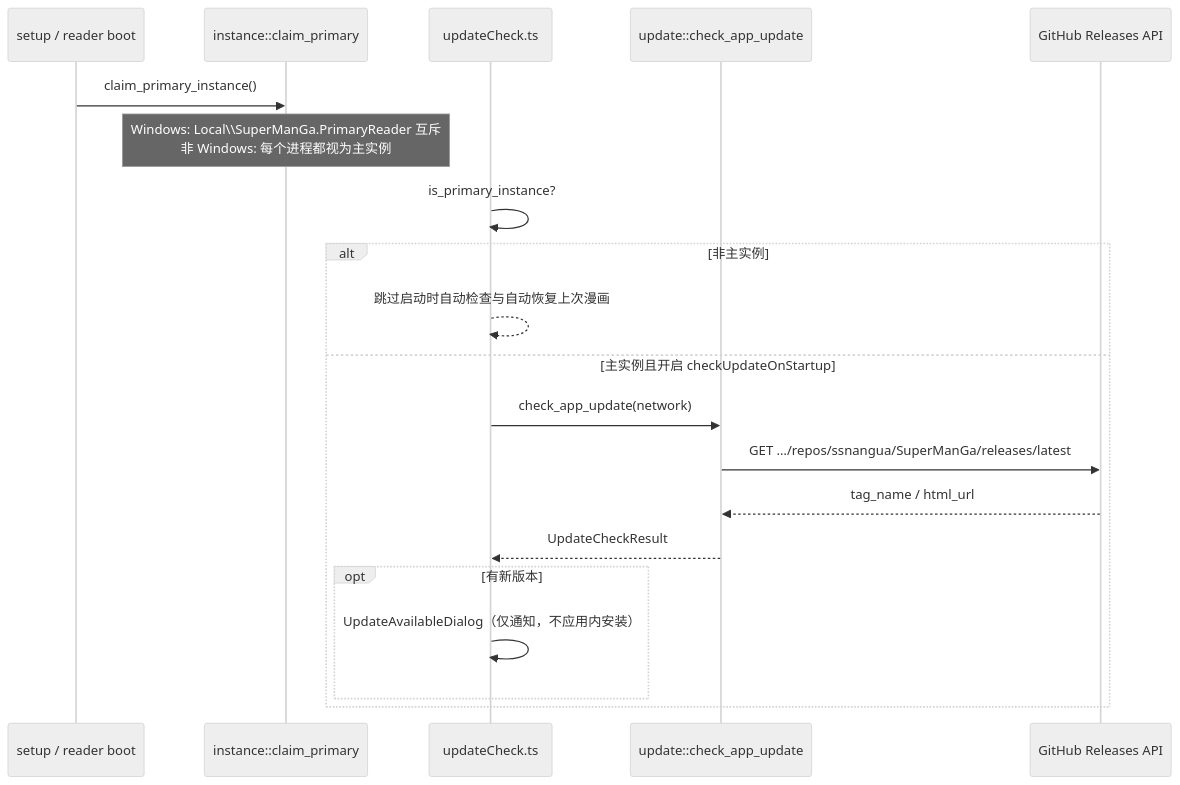
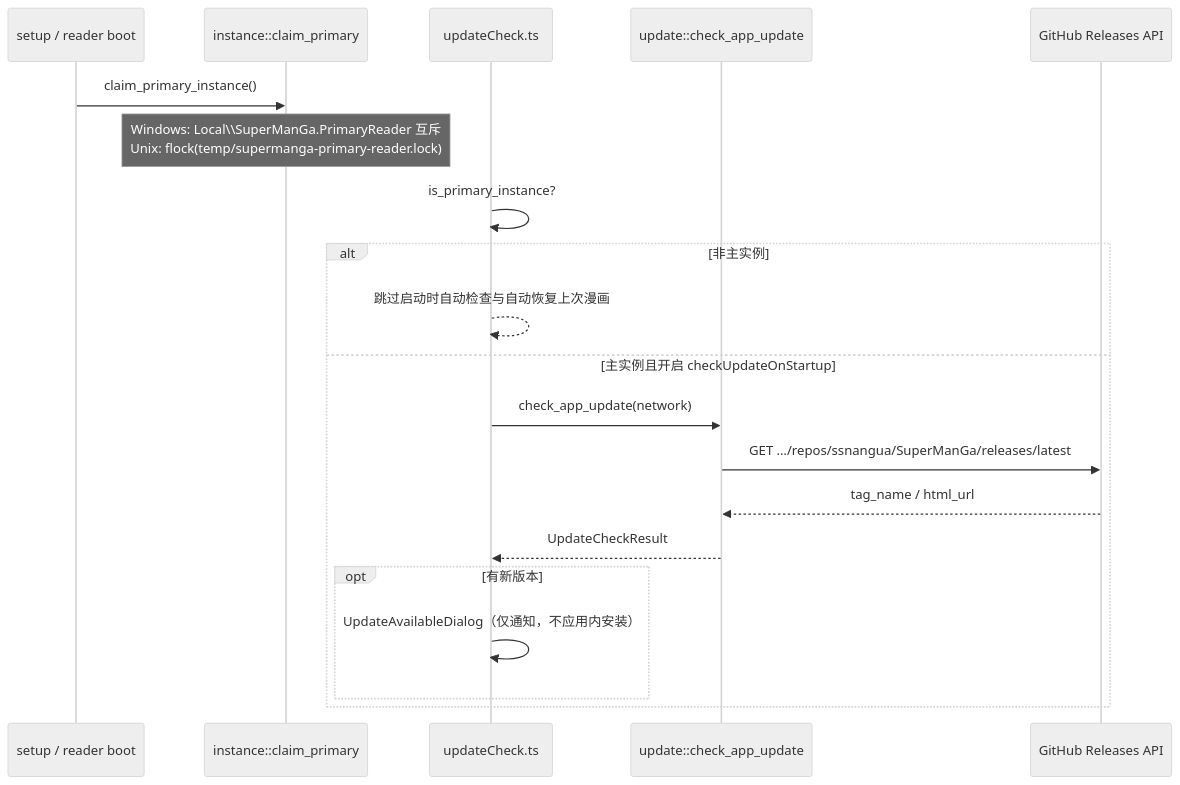
The sixth of 6 diagrams in DOCS_zh.md (ssnangua/SuperManGa), drawn with Mermaid (neutral theme) before and after one commit. The commit also changed other lines of this file and 17 other files, not shown here.

````diff
--- a/DOCS_zh.md
+++ b/DOCS_zh.md
@@ -466,23 +469,23 @@
 ```mermaid
 sequenceDiagram
   participant Boot as setup / reader boot
   participant INST as instance::claim_primary
   participant UI as updateCheck.ts
   participant API as update::check_app_update
   participant GH as GitHub Releases API
 
   Boot->>INST: claim_primary_instance()
-  Note over INST: Windows: Local\\SuperManGa.PrimaryReader 互斥<br/>非 Windows: 每个进程都视为主实例
+  Note over INST: Windows: Local\\SuperManGa.PrimaryReader 互斥<br/>Unix: flock(temp/supermanga-primary-reader.lock)
   UI->>UI: is_primary_instance?
   alt 非主实例
     UI-->>UI: 跳过启动时自动检查与自动恢复上次漫画
   else 主实例且开启 checkUpdateOnStartup
     UI->>API: check_app_update(network)
     API->>GH: GET …/repos/ssnangua/SuperManGa/releases/latest
     GH-->>API: tag_name / html_url
     API-->>UI: UpdateCheckResult
     opt 有新版本
       UI->>UI: UpdateAvailableDialog（仅通知，不应用内安装）
     end
   end
 ```
````
